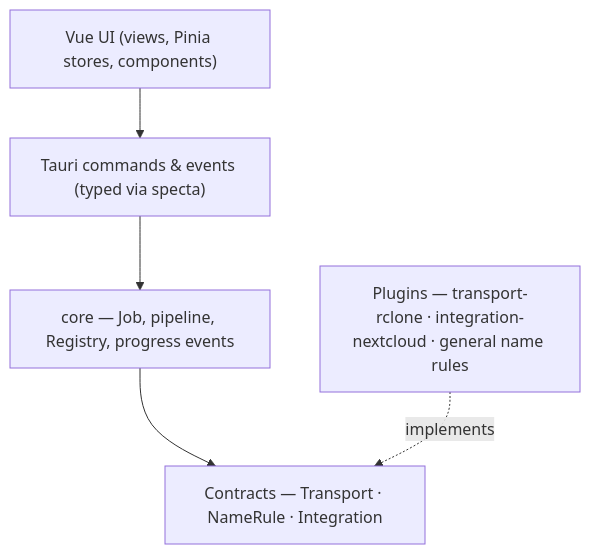
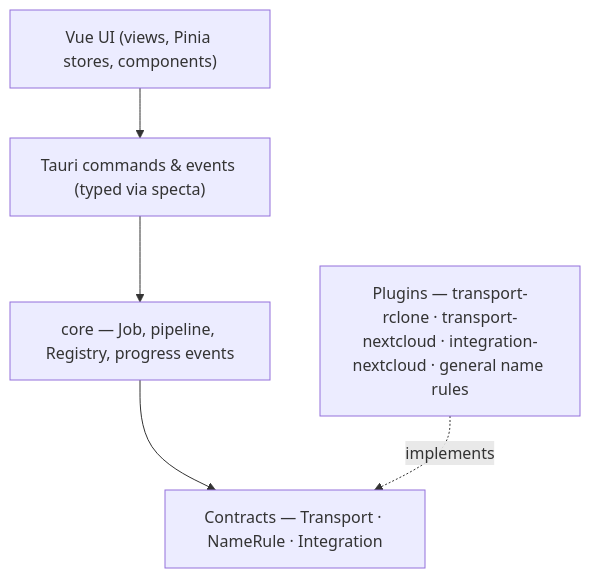
Before and after one commit to nevespvasco/filebridge: the second of 3 diagrams in docs/02-architecture.md, drawn with Mermaid. The commit also changed 17 other files, not shown here.

````diff
--- a/docs/02-architecture.md
+++ b/docs/02-architecture.md
@@ -34,10 +34,10 @@
 ```mermaid
 flowchart TB
     UI["Vue UI (views, Pinia stores, components)"]
     CMD["Tauri commands & events (typed via specta)"]
     CORE["core — Job, pipeline, Registry, progress events"]
     API["Contracts — Transport · NameRule · Integration"]
-    PLUG["Plugins — transport-rclone · integration-nextcloud · general name rules"]
+    PLUG["Plugins — transport-rclone · transport-nextcloud · integration-nextcloud · general name rules"]
     UI --> CMD --> CORE --> API
     PLUG -. implements .-> API
 ```
````
